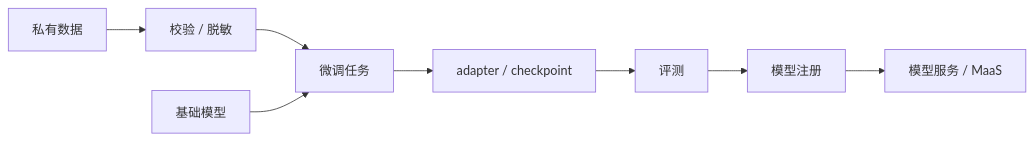
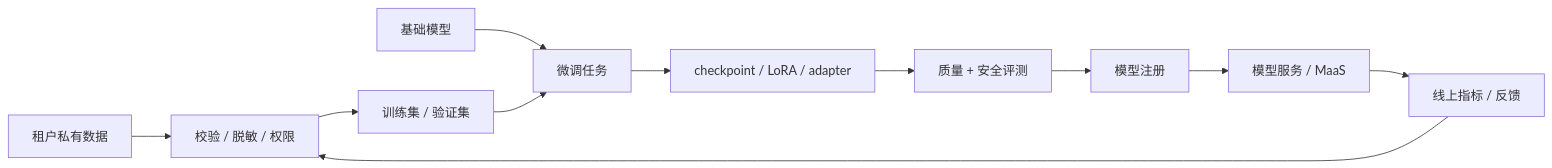
The diagram in docs/part-03-models/chapter-12-fine-tuning.md (ikingye/ai-factory-engineering), drawn with Mermaid before and after one commit. The commit also changed other lines of this file and 5 other files, not shown here.

````diff
--- a/docs/part-03-models/chapter-12-fine-tuning.md
+++ b/docs/part-03-models/chapter-12-fine-tuning.md
@@ -23,9 +43,13 @@
 ```mermaid
 flowchart LR
-  Data["私有数据"] --> Validate["校验 / 脱敏"] --> Job["微调任务"]
-  Base["基础模型"] --> Job
-  Job --> Artifact["adapter / checkpoint"]
-  Artifact --> Eval["评测"]
+  Data["租户私有数据"] --> Guard["校验 / 脱敏 / 权限"]
+  Guard --> Split["训练集 / 验证集"]
+  Base["基础模型"] --> Job["微调任务"]
+  Split --> Job
+  Job --> Artifact["checkpoint / LoRA / adapter"]
+  Artifact --> Eval["质量 + 安全评测"]
   Eval --> Registry["模型注册"]
   Registry --> Serving["模型服务 / MaaS"]
+  Serving --> Metrics["线上指标 / 反馈"]
+  Metrics --> Guard
 ```
````
